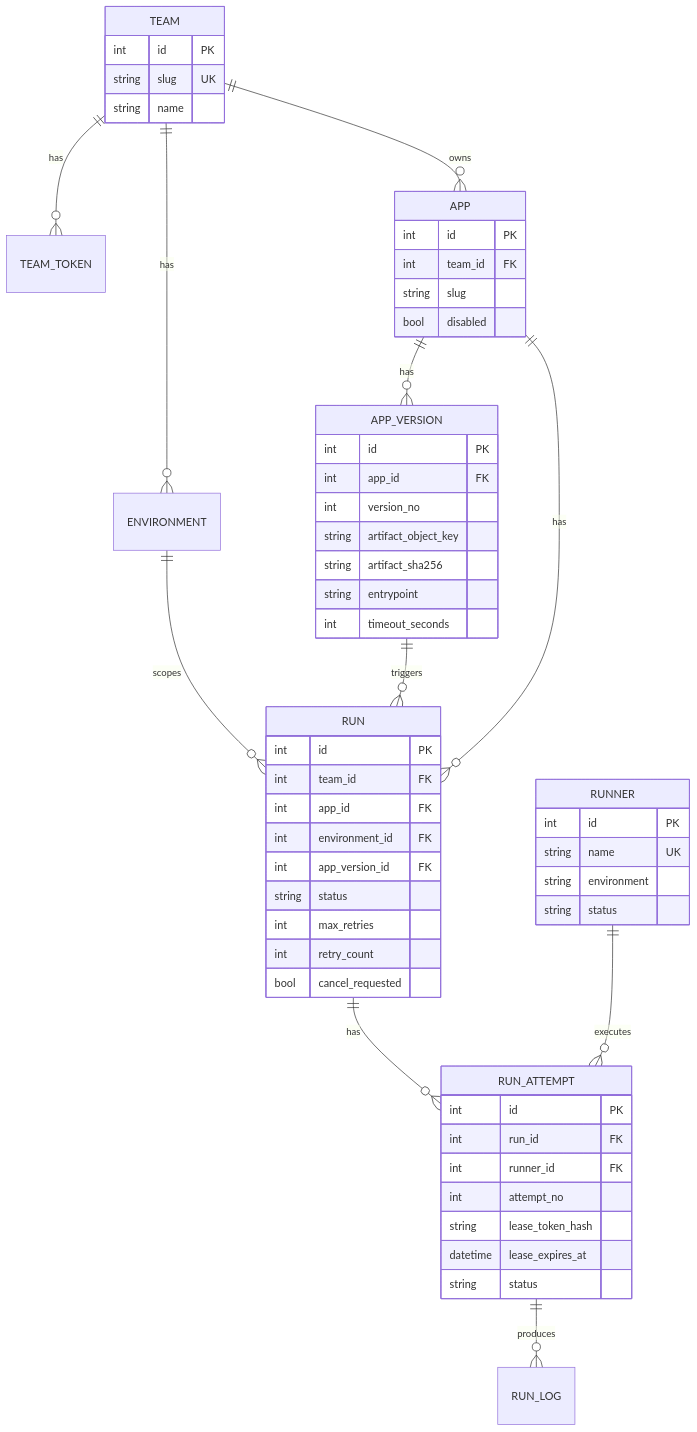
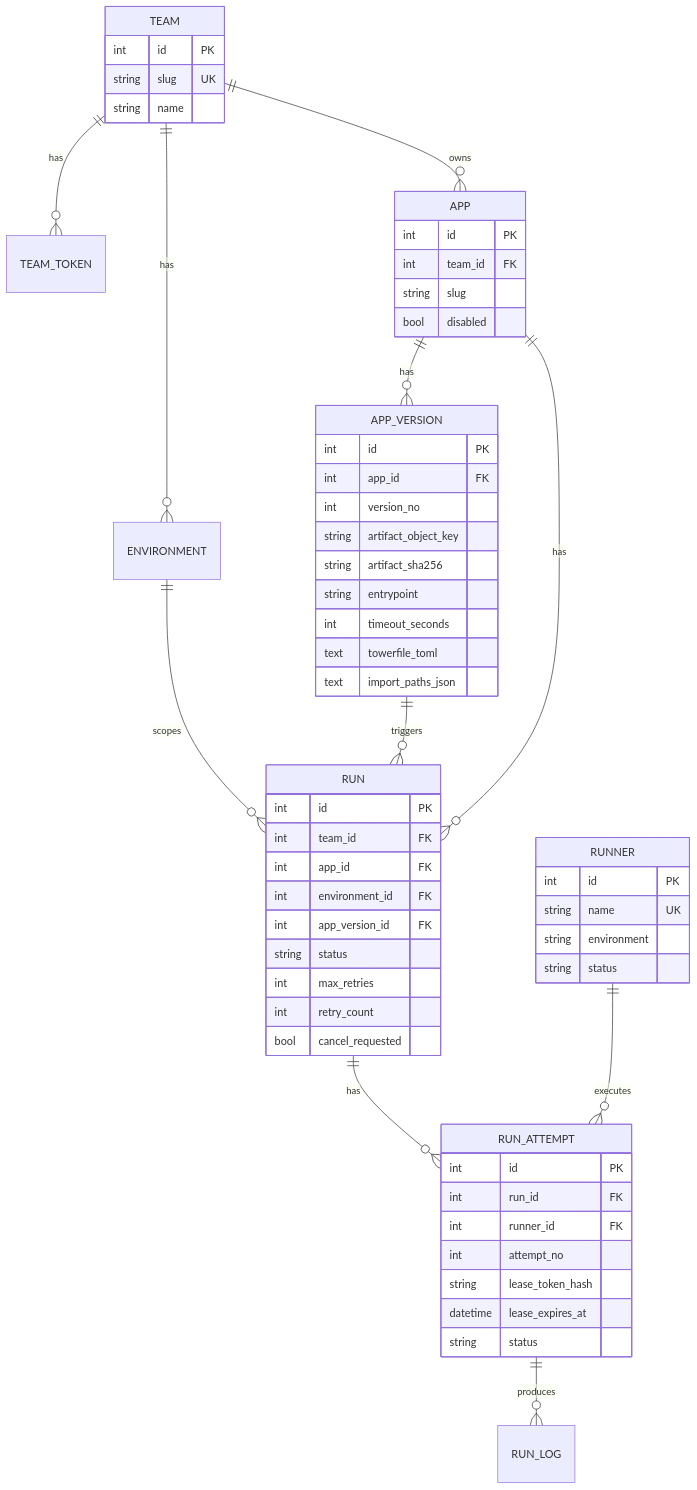
The fifth of 5 diagrams in docs/architecture.md (ryan-h265/mini-tower), drawn with Mermaid before and after one commit. The commit also changed other lines of this file and 1 other file, not shown here.

First line of the commit message:
Update architecture diagrams and docs for Towerfile and frontend

````diff
--- a/docs/architecture.md
+++ b/docs/architecture.md
@@ -205,70 +241,72 @@
 ```mermaid
 erDiagram
     TEAM ||--o{ TEAM_TOKEN : has
     TEAM ||--o{ ENVIRONMENT : has
     TEAM ||--o{ APP : owns
 
     APP ||--o{ APP_VERSION : has
     APP ||--o{ RUN : has
 
     ENVIRONMENT ||--o{ RUN : scopes
 
     APP_VERSION ||--o{ RUN : triggers
 
     RUN ||--o{ RUN_ATTEMPT : has
     RUN_ATTEMPT ||--o{ RUN_LOG : produces
 
     RUNNER ||--o{ RUN_ATTEMPT : executes
 
     TEAM {
         int id PK
         string slug UK
         string name
     }
 
     APP {
         int id PK
         int team_id FK
         string slug
         bool disabled
     }
 
     APP_VERSION {
         int id PK
         int app_id FK
         int version_no
         string artifact_object_key
         string artifact_sha256
         string entrypoint
         int timeout_seconds
+        text towerfile_toml
+        text import_paths_json
     }
 
     RUN {
         int id PK
         int team_id FK
         int app_id FK
         int environment_id FK
         int app_version_id FK
         string status
         int max_retries
         int retry_count
         bool cancel_requested
     }
 
     RUN_ATTEMPT {
         int id PK
         int run_id FK
         int runner_id FK
         int attempt_no
         string lease_token_hash
         datetime lease_expires_at
         string status
     }
 
     RUNNER {
         int id PK
         string name UK
         string environment
         string status
     }
 ```
````
